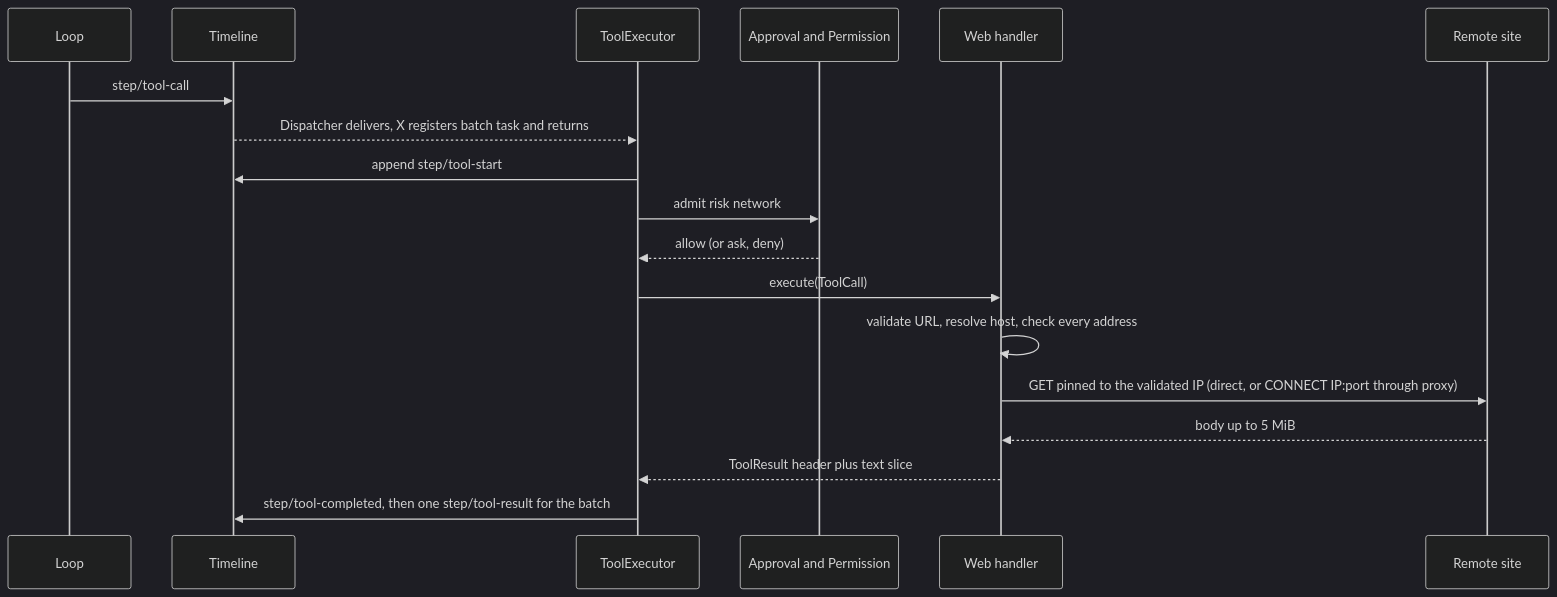
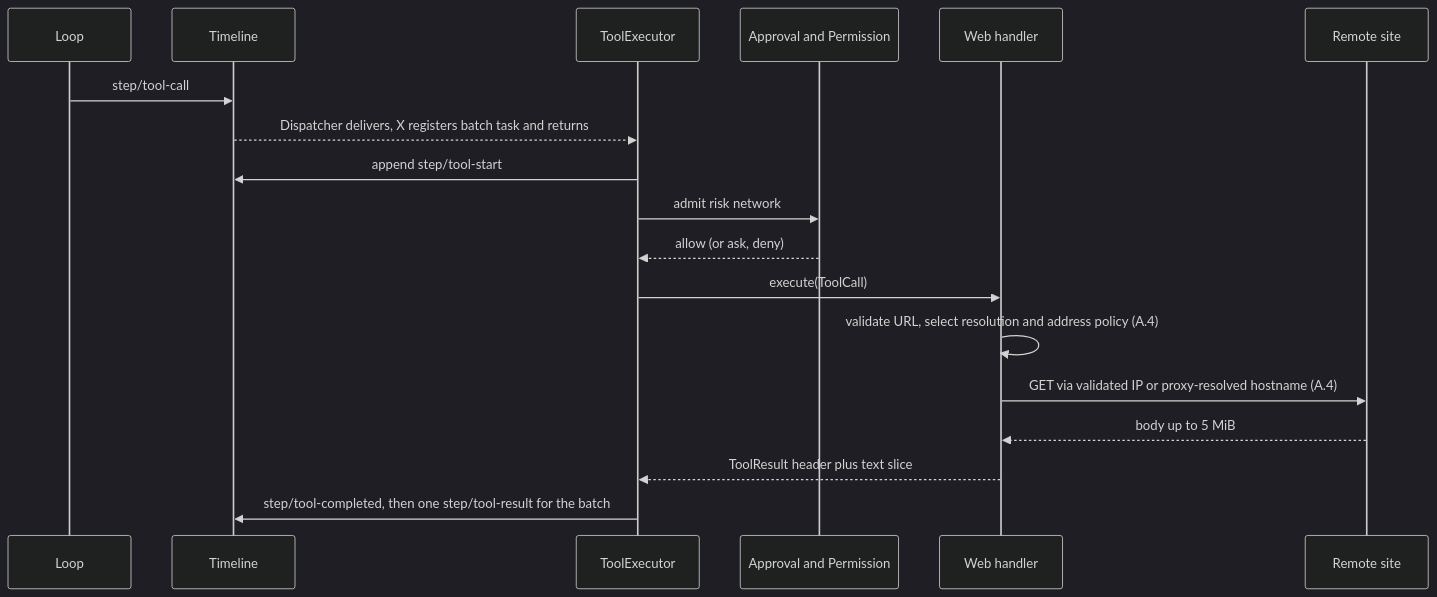
The third of 5 diagrams in docs/design/plugins/Web.md (CoutinhoTTS/dim-agent), drawn with Mermaid (dark theme) before and after one commit. The commit also changed other lines of this file and 1 other file, not shown here.

First line of the commit message:
docs: define proxy DNS support for Fake-IP environments

````diff
--- a/docs/design/plugins/Web.md
+++ b/docs/design/plugins/Web.md
@@ -71,20 +71,20 @@
 ```mermaid
 sequenceDiagram
   participant L as Loop
   participant TL as Timeline
   participant X as ToolExecutor
   participant A as Approval and Permission
   participant W as Web handler
   participant N as Remote site
   L->>TL: step/tool-call
   TL-->>X: Dispatcher delivers, X registers batch task and returns
   X->>TL: append step/tool-start
   X->>A: admit risk network
   A-->>X: allow (or ask, deny)
   X->>W: execute(ToolCall)
-  W->>W: validate URL, resolve host, check every address
-  W->>N: GET pinned to the validated IP (direct, or CONNECT IP:port through proxy)
+  W->>W: validate URL, select resolution and address policy (A.4)
+  W->>N: GET via validated IP or proxy-resolved hostname (A.4)
   N-->>W: body up to 5 MiB
   W-->>X: ToolResult header plus text slice
   X->>TL: step/tool-completed, then one step/tool-result for the batch
 ```
````
